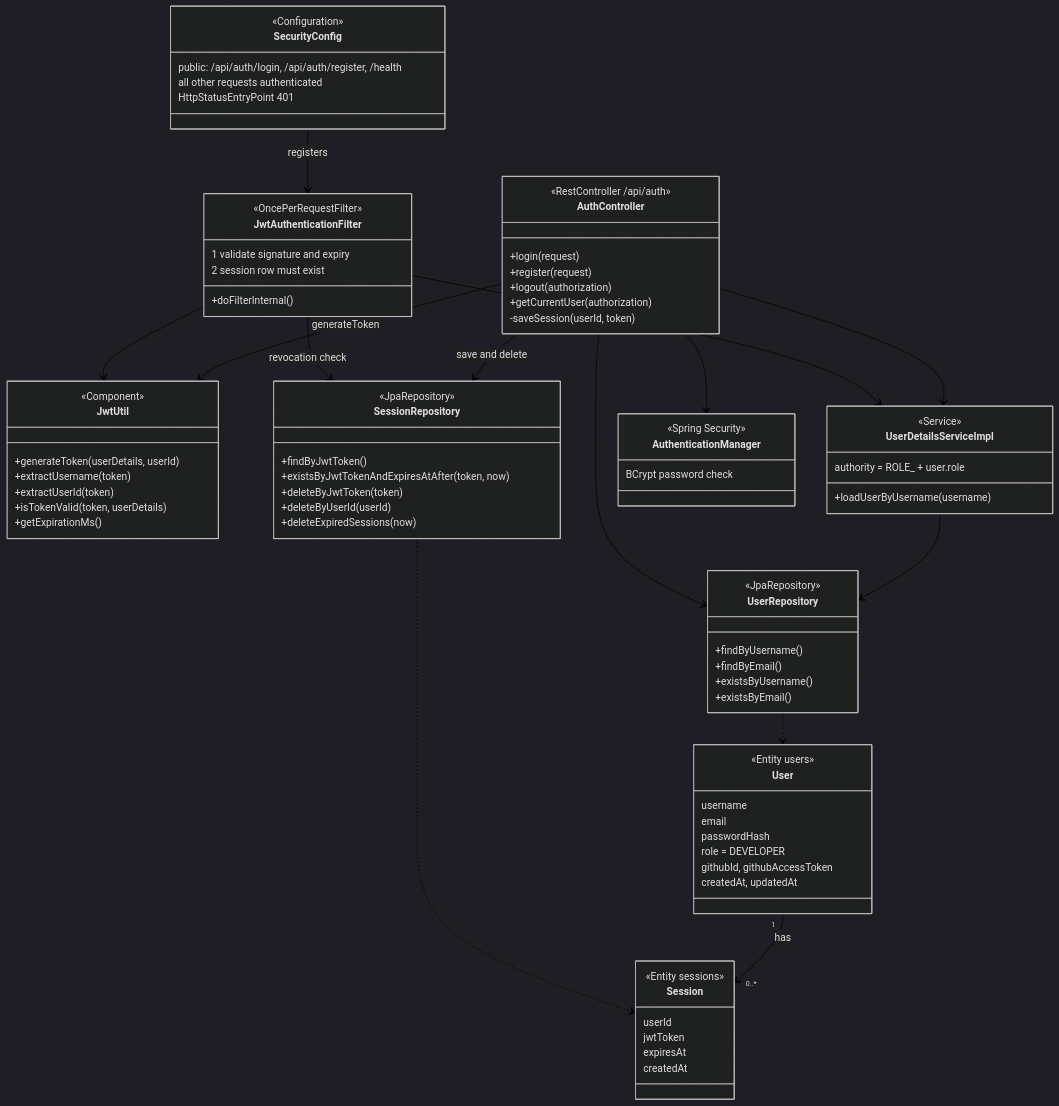
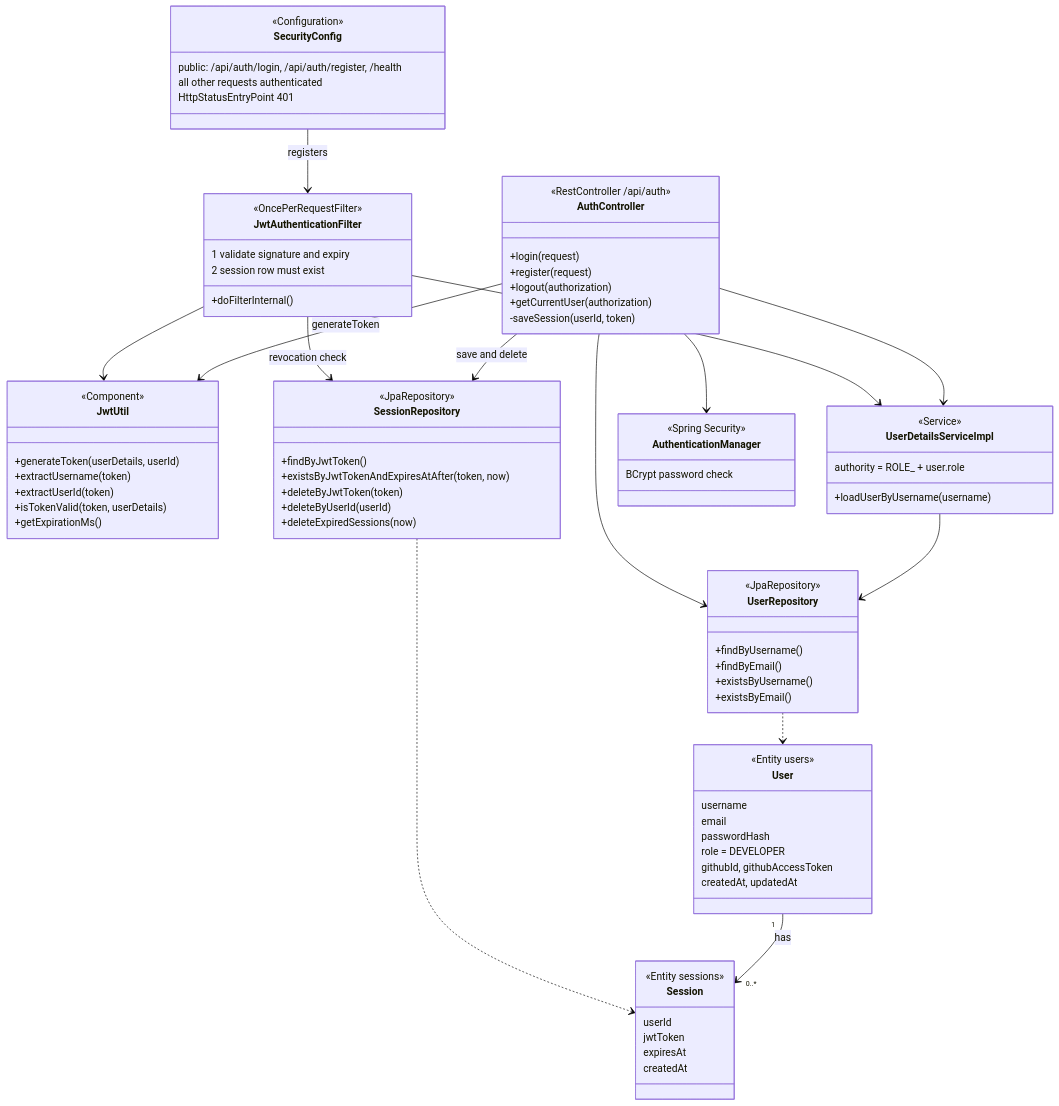
Before and after one commit to kaldrake/NUSISS_ProjectManagementPortal: the diagram in docs/Class Diagram - Login.mermaid, drawn with Mermaid. The commit also changed 17 other files, not shown here.

Commit message:
edited orientation of various large diagrams for display

```diff
--- a/docs/Class Diagram - Login.mermaid
+++ b/docs/Class Diagram - Login.mermaid
@@ -1,86 +1,86 @@
-%%{init: {'theme': 'dark', 'themeVariables': {'lineColor': '#000000'}}}%%
+%%{init: {'theme': 'default', 'themeVariables': {'lineColor': '#000000'}}}%%
 classDiagram
     direction TB
 
     class SecurityConfig {
         <<Configuration>>
         public: /api/auth/login, /api/auth/register, /health
         all other requests authenticated
         HttpStatusEntryPoint 401
     }
     class JwtAuthenticationFilter {
         <<OncePerRequestFilter>>
         +doFilterInternal()
         1 validate signature and expiry
         2 session row must exist
     }
     class AuthController {
         <<RestController /api/auth>>
         +login(request)
         +register(request)
         +logout(authorization)
         +getCurrentUser(authorization)
         -saveSession(userId, token)
     }
     class JwtUtil {
         <<Component>>
         +generateToken(userDetails, userId)
         +extractUsername(token)
         +extractUserId(token)
         +isTokenValid(token, userDetails)
         +getExpirationMs()
     }
     class UserDetailsServiceImpl {
         <<Service>>
         +loadUserByUsername(username)
         authority = ROLE_ + user.role
     }
     class UserRepository {
         <<JpaRepository>>
         +findByUsername()
         +findByEmail()
         +existsByUsername()
         +existsByEmail()
     }
     class SessionRepository {
         <<JpaRepository>>
         +findByJwtToken()
         +existsByJwtTokenAndExpiresAtAfter(token, now)
         +deleteByJwtToken(token)
         +deleteByUserId(userId)
         +deleteExpiredSessions(now)
     }
     class User {
         <<Entity users>>
         username
         email
         passwordHash
         role = DEVELOPER
         githubId, githubAccessToken
         createdAt, updatedAt
     }
     class Session {
         <<Entity sessions>>
         userId
         jwtToken
         expiresAt
         createdAt
     }
     class AuthenticationManager {
         <<Spring Security>>
         BCrypt password check
     }
 
     SecurityConfig --> JwtAuthenticationFilter : registers
     JwtAuthenticationFilter --> JwtUtil
     JwtAuthenticationFilter --> UserDetailsServiceImpl
     JwtAuthenticationFilter --> SessionRepository : revocation check
     AuthController --> AuthenticationManager
     AuthController --> JwtUtil : generateToken
     AuthController --> UserRepository
     AuthController --> SessionRepository : save and delete
     AuthController --> UserDetailsServiceImpl
     UserDetailsServiceImpl --> UserRepository
     UserRepository ..> User
     SessionRepository ..> Session
     User "1" --> "0..*" Session : has
```
